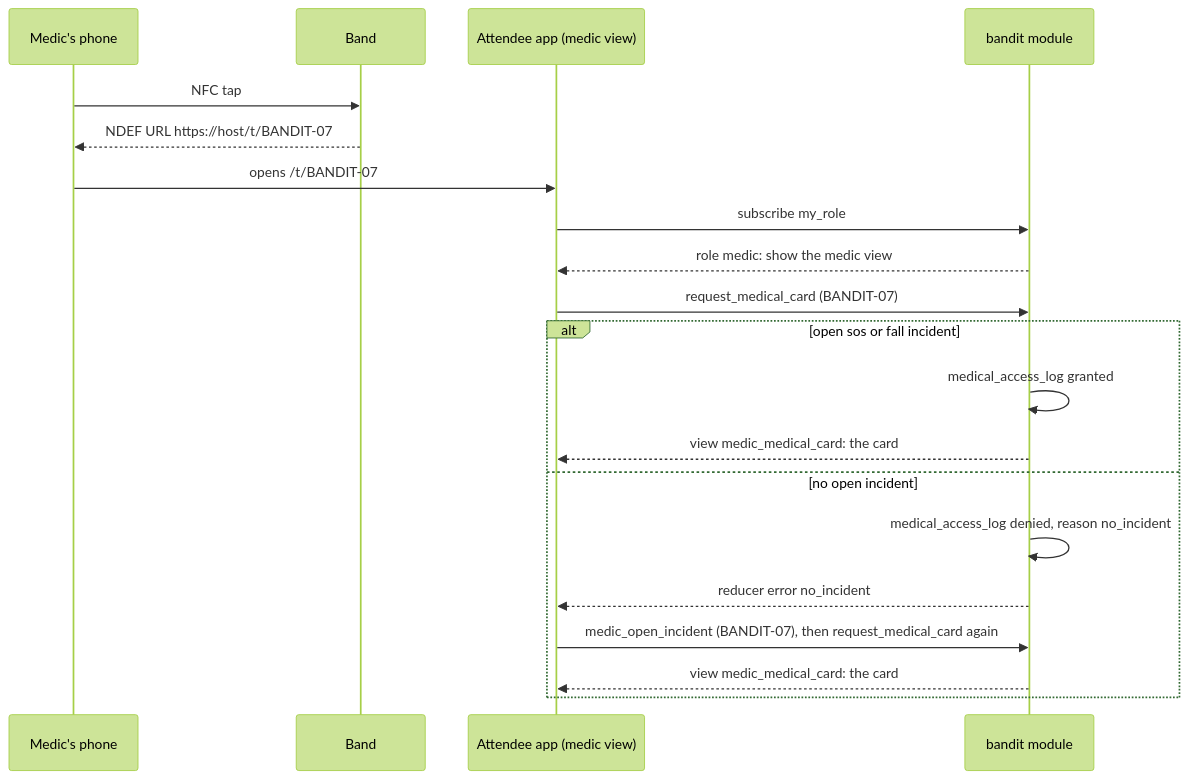
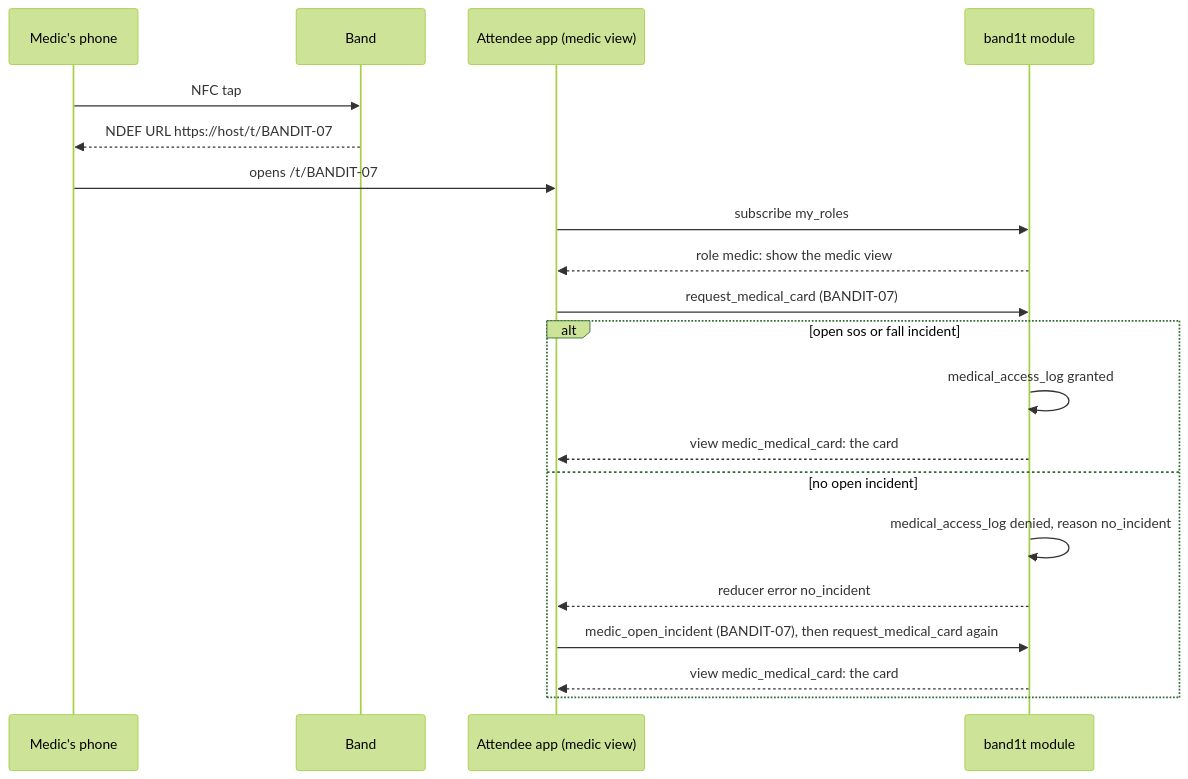
Before and after one commit to viktorinkov/cal-hacks-13: the third of 3 diagrams in System Design/6-features/Medical-ID.md, drawn with Mermaid (forest theme). The commit also changed other lines of this file and 21 other files, not shown here.

````diff
--- a/System Design/6-features/Medical-ID.md
+++ b/System Design/6-features/Medical-ID.md
@@ -136,22 +136,22 @@
 ```mermaid
 sequenceDiagram
   participant P as Medic's phone
   participant B as Band
   participant A as Attendee app (medic view)
-  participant M as bandit module
+  participant M as band1t module
   P->>B: NFC tap
   B-->>P: NDEF URL https://host/t/BANDIT-07
   P->>A: opens /t/BANDIT-07
-  A->>M: subscribe my_role
+  A->>M: subscribe my_roles
   M-->>A: role medic: show the medic view
   A->>M: request_medical_card (BANDIT-07)
   alt open sos or fall incident
     M->>M: medical_access_log granted
     M-->>A: view medic_medical_card: the card
   else no open incident
     M->>M: medical_access_log denied, reason no_incident
     M-->>A: reducer error no_incident
     A->>M: medic_open_incident (BANDIT-07), then request_medical_card again
     M-->>A: view medic_medical_card: the card
   end
 ```
````
